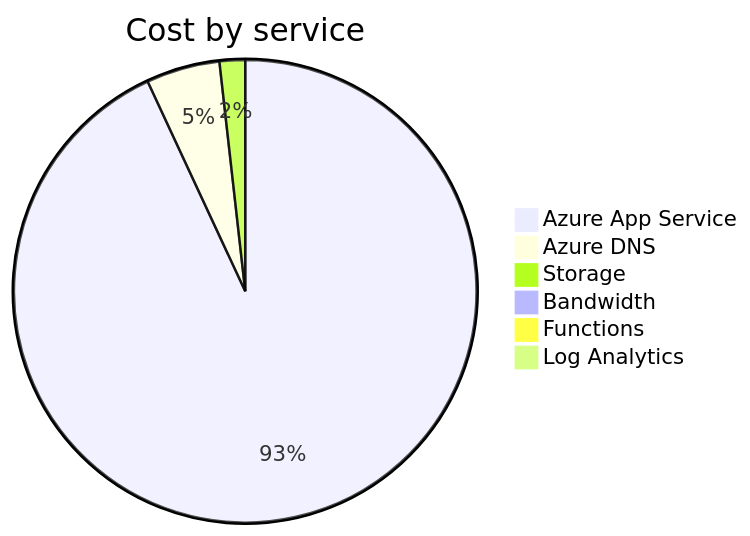
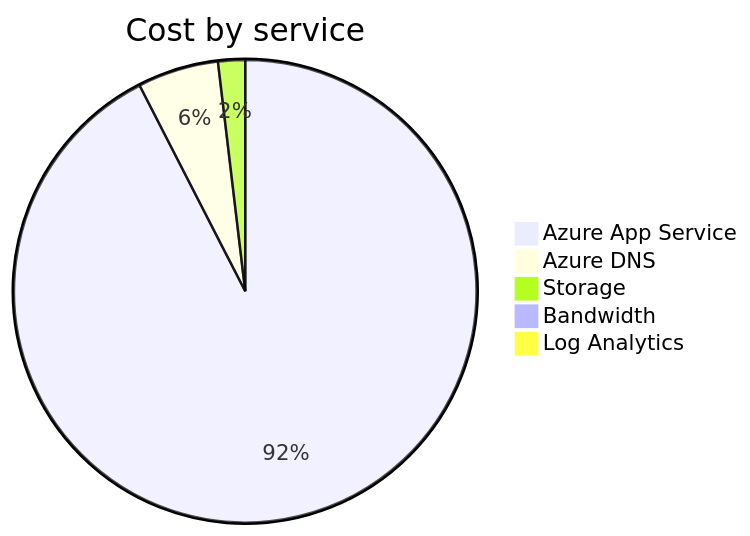
One commit to jpfulton/azure-personal-reports changed the second of 4 diagrams in cost-reports/accumulated-cost.md. Above: the diagram before and after it, drawn with Mermaid. The commit also changed other lines of this file and 4 other files, not shown here.

````diff
--- a/cost-reports/accumulated-cost.md
+++ b/cost-reports/accumulated-cost.md
@@ -100,10 +97,9 @@
 ```mermaid
 pie
    title Cost by service
-   "Azure App Service" : 17.73
-   "Azure DNS" : 0.98
-   "Storage" : 0.34
+   "Azure App Service" : 0.49
+   "Azure DNS" : 0.03
+   "Storage" : 0.01
    "Bandwidth" : 0.00
-   "Functions" : 0.00
    "Log Analytics" : 0.00
 ```
````
